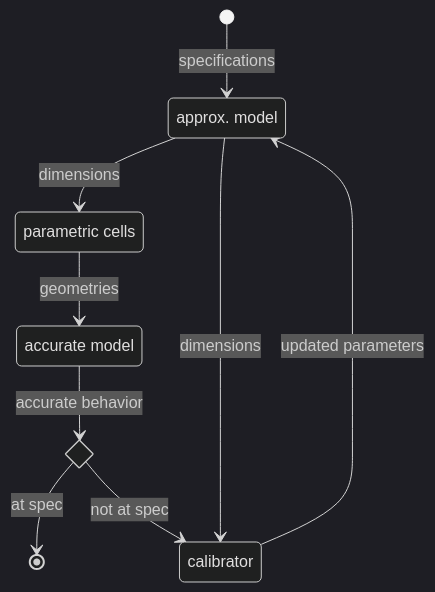
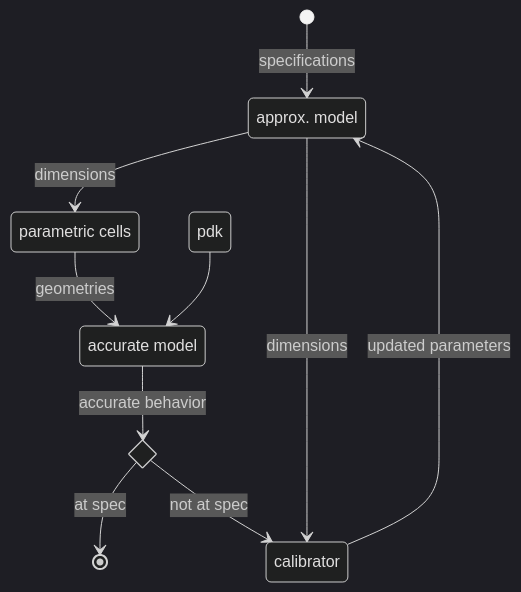
The diagram in README.md (Patarimi/hades), drawn with Mermaid (dark theme) before and after one commit. The commit also changed 12 other files, not shown here.

````diff
--- a/README.md
+++ b/README.md
@@ -10,16 +10,17 @@
 ```mermaid
 stateDiagram
     [*] --> app: specifications
     app: approx. model
     pc: parametric cells
     app --> pc: dimensions
     sim: accurate model
     pc --> sim: geometries
+    pdk --> sim
     cal: calibrator
     state atSpec <<choice>>
     sim --> atSpec: accurate behavior
     atSpec --> [*]: at spec
     atSpec --> cal: not at spec
     app --> cal: dimensions
     cal --> app: updated parameters
 ```
````
